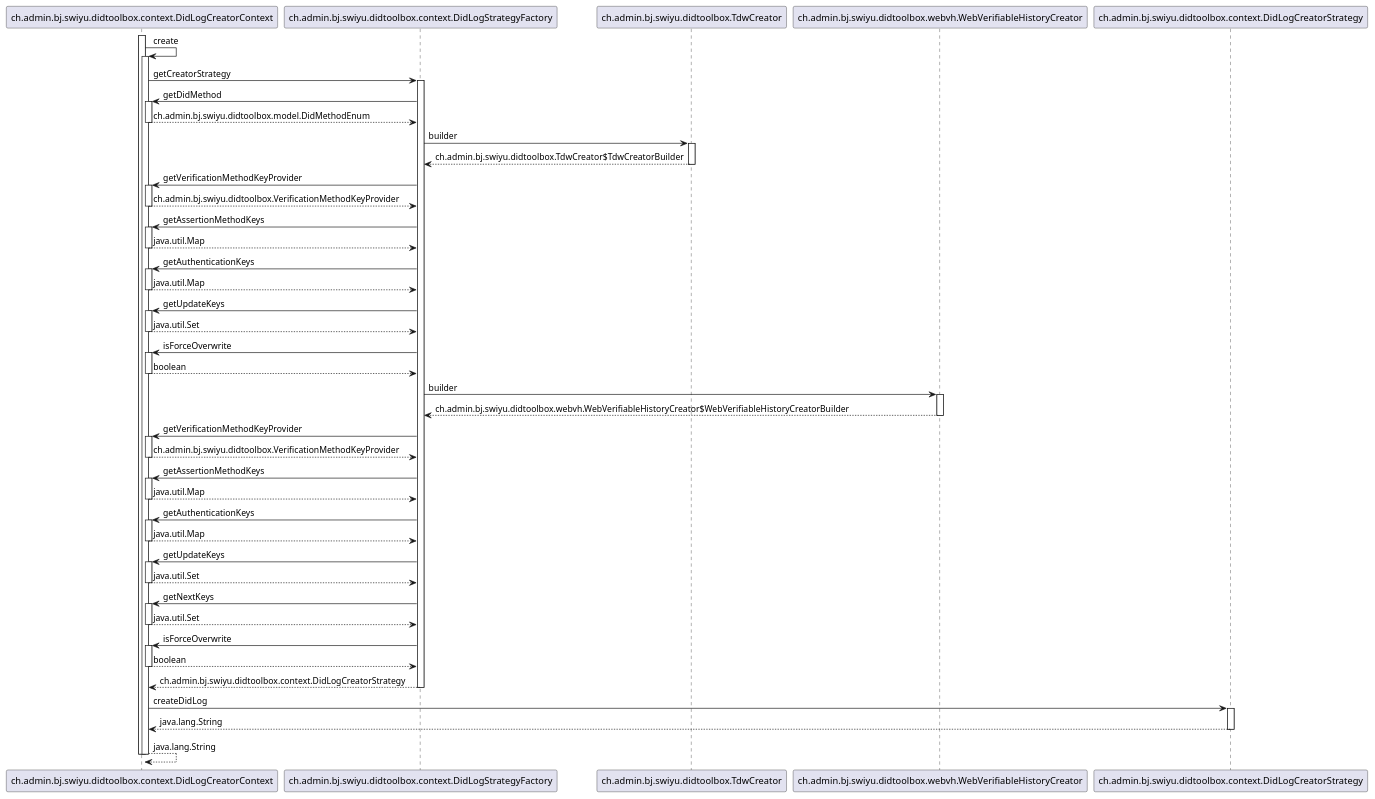
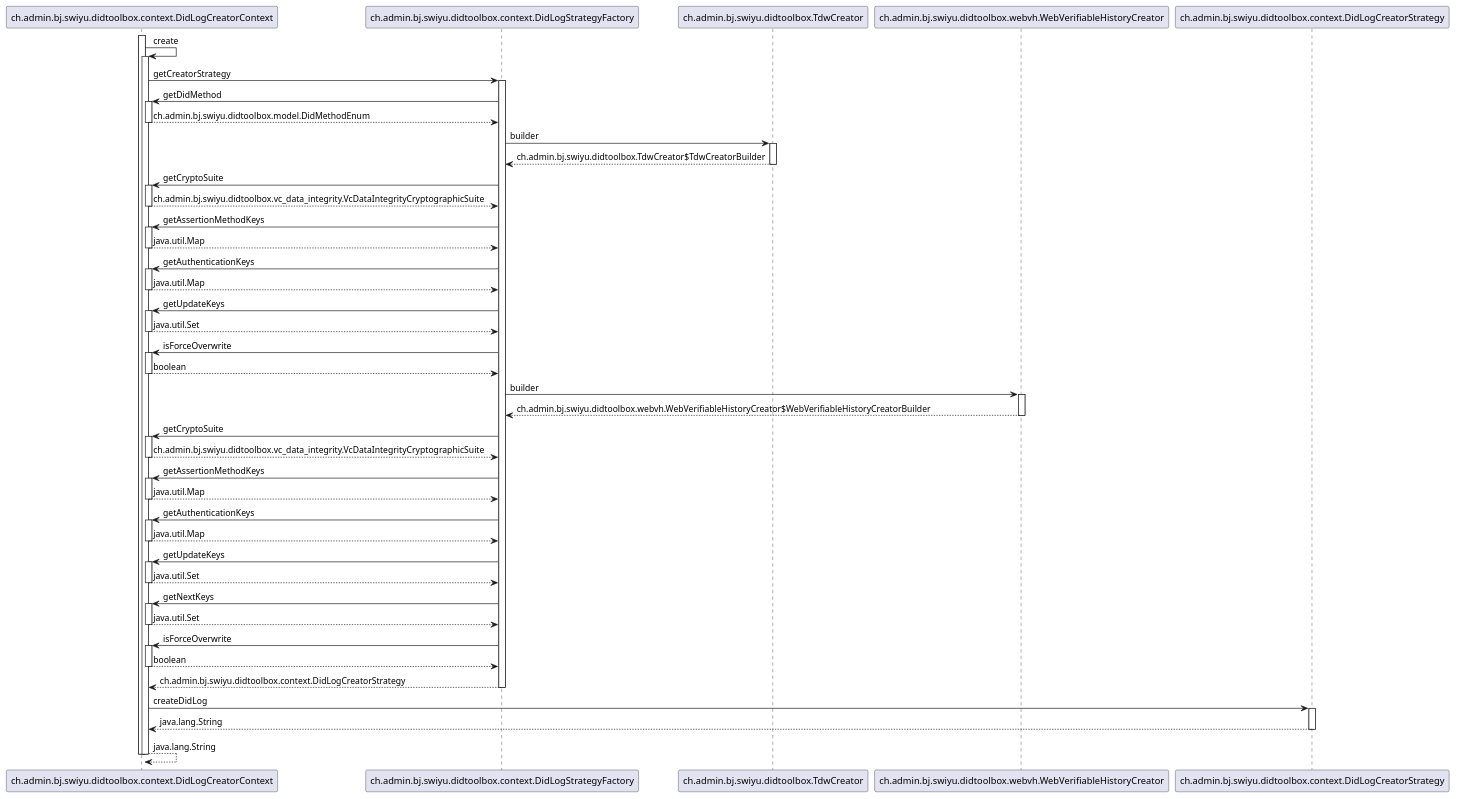
One commit to swiyu-admin-ch/didtoolbox-java changed the diagram in src/main/plantuml/DidLogCreatorContext-create.puml. Above: the diagram before and after it, drawn with PlantUML. The commit also changed 68 other files, not shown here.

```diff
--- a/src/main/plantuml/DidLogCreatorContext-create.puml
+++ b/src/main/plantuml/DidLogCreatorContext-create.puml
@@ -2,80 +2,80 @@
 @startuml
 
 participant ch.admin.bj.swiyu.didtoolbox.context.DidLogCreatorContext
 participant ch.admin.bj.swiyu.didtoolbox.context.DidLogStrategyFactory
 participant ch.admin.bj.swiyu.didtoolbox.TdwCreator
 participant ch.admin.bj.swiyu.didtoolbox.webvh.WebVerifiableHistoryCreator
 participant ch.admin.bj.swiyu.didtoolbox.context.DidLogCreatorStrategy
 
 activate ch.admin.bj.swiyu.didtoolbox.context.DidLogCreatorContext
 	ch.admin.bj.swiyu.didtoolbox.context.DidLogCreatorContext -> ch.admin.bj.swiyu.didtoolbox.context.DidLogCreatorContext : create
 	activate ch.admin.bj.swiyu.didtoolbox.context.DidLogCreatorContext
 		ch.admin.bj.swiyu.didtoolbox.context.DidLogCreatorContext -> ch.admin.bj.swiyu.didtoolbox.context.DidLogStrategyFactory : getCreatorStrategy
 		activate ch.admin.bj.swiyu.didtoolbox.context.DidLogStrategyFactory
 			ch.admin.bj.swiyu.didtoolbox.context.DidLogStrategyFactory -> ch.admin.bj.swiyu.didtoolbox.context.DidLogCreatorContext : getDidMethod
 			activate ch.admin.bj.swiyu.didtoolbox.context.DidLogCreatorContext
 				ch.admin.bj.swiyu.didtoolbox.context.DidLogCreatorContext --> ch.admin.bj.swiyu.didtoolbox.context.DidLogStrategyFactory : ch.admin.bj.swiyu.didtoolbox.model.DidMethodEnum
 			deactivate ch.admin.bj.swiyu.didtoolbox.context.DidLogCreatorContext
 			ch.admin.bj.swiyu.didtoolbox.context.DidLogStrategyFactory -> ch.admin.bj.swiyu.didtoolbox.TdwCreator : builder
 			activate ch.admin.bj.swiyu.didtoolbox.TdwCreator
 				ch.admin.bj.swiyu.didtoolbox.TdwCreator --> ch.admin.bj.swiyu.didtoolbox.context.DidLogStrategyFactory : ch.admin.bj.swiyu.didtoolbox.TdwCreator$TdwCreatorBuilder
 			deactivate ch.admin.bj.swiyu.didtoolbox.TdwCreator
-			ch.admin.bj.swiyu.didtoolbox.context.DidLogStrategyFactory -> ch.admin.bj.swiyu.didtoolbox.context.DidLogCreatorContext : getVerificationMethodKeyProvider
+			ch.admin.bj.swiyu.didtoolbox.context.DidLogStrategyFactory -> ch.admin.bj.swiyu.didtoolbox.context.DidLogCreatorContext : getCryptoSuite
 			activate ch.admin.bj.swiyu.didtoolbox.context.DidLogCreatorContext
-				ch.admin.bj.swiyu.didtoolbox.context.DidLogCreatorContext --> ch.admin.bj.swiyu.didtoolbox.context.DidLogStrategyFactory : ch.admin.bj.swiyu.didtoolbox.VerificationMethodKeyProvider
+				ch.admin.bj.swiyu.didtoolbox.context.DidLogCreatorContext --> ch.admin.bj.swiyu.didtoolbox.context.DidLogStrategyFactory : ch.admin.bj.swiyu.didtoolbox.vc_data_integrity.VcDataIntegrityCryptographicSuite
 			deactivate ch.admin.bj.swiyu.didtoolbox.context.DidLogCreatorContext
 			ch.admin.bj.swiyu.didtoolbox.context.DidLogStrategyFactory -> ch.admin.bj.swiyu.didtoolbox.context.DidLogCreatorContext : getAssertionMethodKeys
 			activate ch.admin.bj.swiyu.didtoolbox.context.DidLogCreatorContext
 				ch.admin.bj.swiyu.didtoolbox.context.DidLogCreatorContext --> ch.admin.bj.swiyu.didtoolbox.context.DidLogStrategyFactory : java.util.Map
 			deactivate ch.admin.bj.swiyu.didtoolbox.context.DidLogCreatorContext
 			ch.admin.bj.swiyu.didtoolbox.context.DidLogStrategyFactory -> ch.admin.bj.swiyu.didtoolbox.context.DidLogCreatorContext : getAuthenticationKeys
 			activate ch.admin.bj.swiyu.didtoolbox.context.DidLogCreatorContext
 				ch.admin.bj.swiyu.didtoolbox.context.DidLogCreatorContext --> ch.admin.bj.swiyu.didtoolbox.context.DidLogStrategyFactory : java.util.Map
 			deactivate ch.admin.bj.swiyu.didtoolbox.context.DidLogCreatorContext
 			ch.admin.bj.swiyu.didtoolbox.context.DidLogStrategyFactory -> ch.admin.bj.swiyu.didtoolbox.context.DidLogCreatorContext : getUpdateKeys
 			activate ch.admin.bj.swiyu.didtoolbox.context.DidLogCreatorContext
 				ch.admin.bj.swiyu.didtoolbox.context.DidLogCreatorContext --> ch.admin.bj.swiyu.didtoolbox.context.DidLogStrategyFactory : java.util.Set
 			deactivate ch.admin.bj.swiyu.didtoolbox.context.DidLogCreatorContext
 			ch.admin.bj.swiyu.didtoolbox.context.DidLogStrategyFactory -> ch.admin.bj.swiyu.didtoolbox.context.DidLogCreatorContext : isForceOverwrite
 			activate ch.admin.bj.swiyu.didtoolbox.context.DidLogCreatorContext
 				ch.admin.bj.swiyu.didtoolbox.context.DidLogCreatorContext --> ch.admin.bj.swiyu.didtoolbox.context.DidLogStrategyFactory : boolean
 			deactivate ch.admin.bj.swiyu.didtoolbox.context.DidLogCreatorContext
 			ch.admin.bj.swiyu.didtoolbox.context.DidLogStrategyFactory -> ch.admin.bj.swiyu.didtoolbox.webvh.WebVerifiableHistoryCreator : builder
 			activate ch.admin.bj.swiyu.didtoolbox.webvh.WebVerifiableHistoryCreator
 				ch.admin.bj.swiyu.didtoolbox.webvh.WebVerifiableHistoryCreator --> ch.admin.bj.swiyu.didtoolbox.context.DidLogStrategyFactory : ch.admin.bj.swiyu.didtoolbox.webvh.WebVerifiableHistoryCreator$WebVerifiableHistoryCreatorBuilder
 			deactivate ch.admin.bj.swiyu.didtoolbox.webvh.WebVerifiableHistoryCreator
-			ch.admin.bj.swiyu.didtoolbox.context.DidLogStrategyFactory -> ch.admin.bj.swiyu.didtoolbox.context.DidLogCreatorContext : getVerificationMethodKeyProvider
+			ch.admin.bj.swiyu.didtoolbox.context.DidLogStrategyFactory -> ch.admin.bj.swiyu.didtoolbox.context.DidLogCreatorContext : getCryptoSuite
 			activate ch.admin.bj.swiyu.didtoolbox.context.DidLogCreatorContext
-				ch.admin.bj.swiyu.didtoolbox.context.DidLogCreatorContext --> ch.admin.bj.swiyu.didtoolbox.context.DidLogStrategyFactory : ch.admin.bj.swiyu.didtoolbox.VerificationMethodKeyProvider
+				ch.admin.bj.swiyu.didtoolbox.context.DidLogCreatorContext --> ch.admin.bj.swiyu.didtoolbox.context.DidLogStrategyFactory : ch.admin.bj.swiyu.didtoolbox.vc_data_integrity.VcDataIntegrityCryptographicSuite
 			deactivate ch.admin.bj.swiyu.didtoolbox.context.DidLogCreatorContext
 			ch.admin.bj.swiyu.didtoolbox.context.DidLogStrategyFactory -> ch.admin.bj.swiyu.didtoolbox.context.DidLogCreatorContext : getAssertionMethodKeys
 			activate ch.admin.bj.swiyu.didtoolbox.context.DidLogCreatorContext
 				ch.admin.bj.swiyu.didtoolbox.context.DidLogCreatorContext --> ch.admin.bj.swiyu.didtoolbox.context.DidLogStrategyFactory : java.util.Map
 			deactivate ch.admin.bj.swiyu.didtoolbox.context.DidLogCreatorContext
 			ch.admin.bj.swiyu.didtoolbox.context.DidLogStrategyFactory -> ch.admin.bj.swiyu.didtoolbox.context.DidLogCreatorContext : getAuthenticationKeys
 			activate ch.admin.bj.swiyu.didtoolbox.context.DidLogCreatorContext
 				ch.admin.bj.swiyu.didtoolbox.context.DidLogCreatorContext --> ch.admin.bj.swiyu.didtoolbox.context.DidLogStrategyFactory : java.util.Map
 			deactivate ch.admin.bj.swiyu.didtoolbox.context.DidLogCreatorContext
 			ch.admin.bj.swiyu.didtoolbox.context.DidLogStrategyFactory -> ch.admin.bj.swiyu.didtoolbox.context.DidLogCreatorContext : getUpdateKeys
 			activate ch.admin.bj.swiyu.didtoolbox.context.DidLogCreatorContext
 				ch.admin.bj.swiyu.didtoolbox.context.DidLogCreatorContext --> ch.admin.bj.swiyu.didtoolbox.context.DidLogStrategyFactory : java.util.Set
 			deactivate ch.admin.bj.swiyu.didtoolbox.context.DidLogCreatorContext
 			ch.admin.bj.swiyu.didtoolbox.context.DidLogStrategyFactory -> ch.admin.bj.swiyu.didtoolbox.context.DidLogCreatorContext : getNextKeys
 			activate ch.admin.bj.swiyu.didtoolbox.context.DidLogCreatorContext
 				ch.admin.bj.swiyu.didtoolbox.context.DidLogCreatorContext --> ch.admin.bj.swiyu.didtoolbox.context.DidLogStrategyFactory : java.util.Set
 			deactivate ch.admin.bj.swiyu.didtoolbox.context.DidLogCreatorContext
 			ch.admin.bj.swiyu.didtoolbox.context.DidLogStrategyFactory -> ch.admin.bj.swiyu.didtoolbox.context.DidLogCreatorContext : isForceOverwrite
 			activate ch.admin.bj.swiyu.didtoolbox.context.DidLogCreatorContext
 				ch.admin.bj.swiyu.didtoolbox.context.DidLogCreatorContext --> ch.admin.bj.swiyu.didtoolbox.context.DidLogStrategyFactory : boolean
 			deactivate ch.admin.bj.swiyu.didtoolbox.context.DidLogCreatorContext
 			ch.admin.bj.swiyu.didtoolbox.context.DidLogStrategyFactory --> ch.admin.bj.swiyu.didtoolbox.context.DidLogCreatorContext : ch.admin.bj.swiyu.didtoolbox.context.DidLogCreatorStrategy
 		deactivate ch.admin.bj.swiyu.didtoolbox.context.DidLogStrategyFactory
 		ch.admin.bj.swiyu.didtoolbox.context.DidLogCreatorContext -> ch.admin.bj.swiyu.didtoolbox.context.DidLogCreatorStrategy : createDidLog
 		activate ch.admin.bj.swiyu.didtoolbox.context.DidLogCreatorStrategy
 			ch.admin.bj.swiyu.didtoolbox.context.DidLogCreatorStrategy --> ch.admin.bj.swiyu.didtoolbox.context.DidLogCreatorContext : java.lang.String
 		deactivate ch.admin.bj.swiyu.didtoolbox.context.DidLogCreatorStrategy
 		ch.admin.bj.swiyu.didtoolbox.context.DidLogCreatorContext --> ch.admin.bj.swiyu.didtoolbox.context.DidLogCreatorContext : java.lang.String
 	deactivate ch.admin.bj.swiyu.didtoolbox.context.DidLogCreatorContext
 deactivate ch.admin.bj.swiyu.didtoolbox.context.DidLogCreatorContext
 
 @enduml
```
